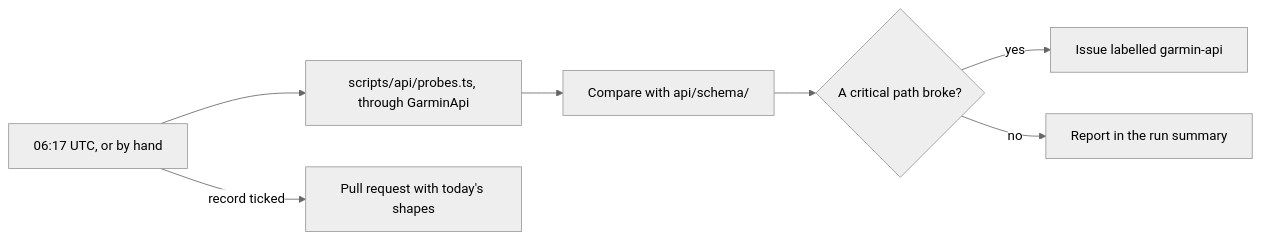
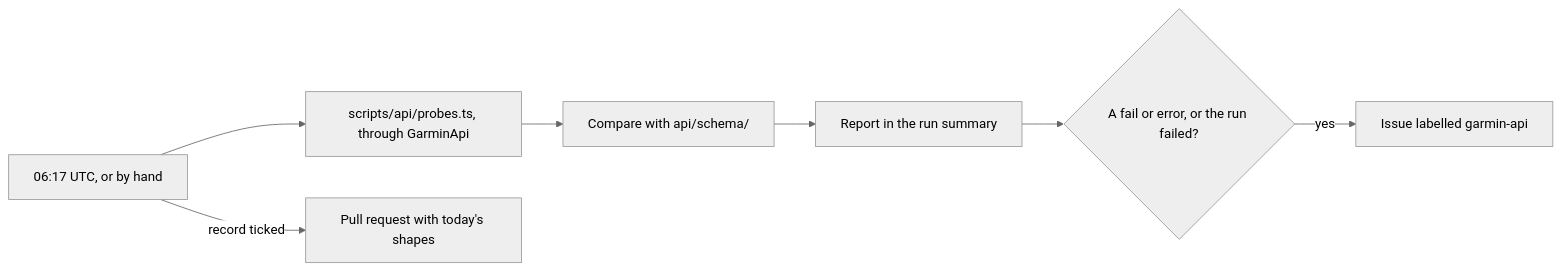
The diagram in api/README.md (tareqayz/Obsidian-Garmin-Connect), drawn with Mermaid (neutral theme) before and after one commit. The commit also changed other lines of this file and 14 other files, not shown here.

````diff
--- a/api/README.md
+++ b/api/README.md
@@ -89,9 +90,9 @@
 ```mermaid
 flowchart LR
   cron["06:17 UTC, or by hand"] --> probes["scripts/api/probes.ts, through GarminApi"]
   probes --> compare["Compare with api/schema/"]
-  compare --> verdict{"A critical path broke?"}
+  compare --> summary["Report in the run summary"]
+  summary --> verdict{"A fail or error, or the run failed?"}
   verdict -->|yes| issue["Issue labelled garmin-api"]
-  verdict -->|no| summary["Report in the run summary"]
   cron -->|"record ticked"| pr["Pull request with today's shapes"]
 ```
````
